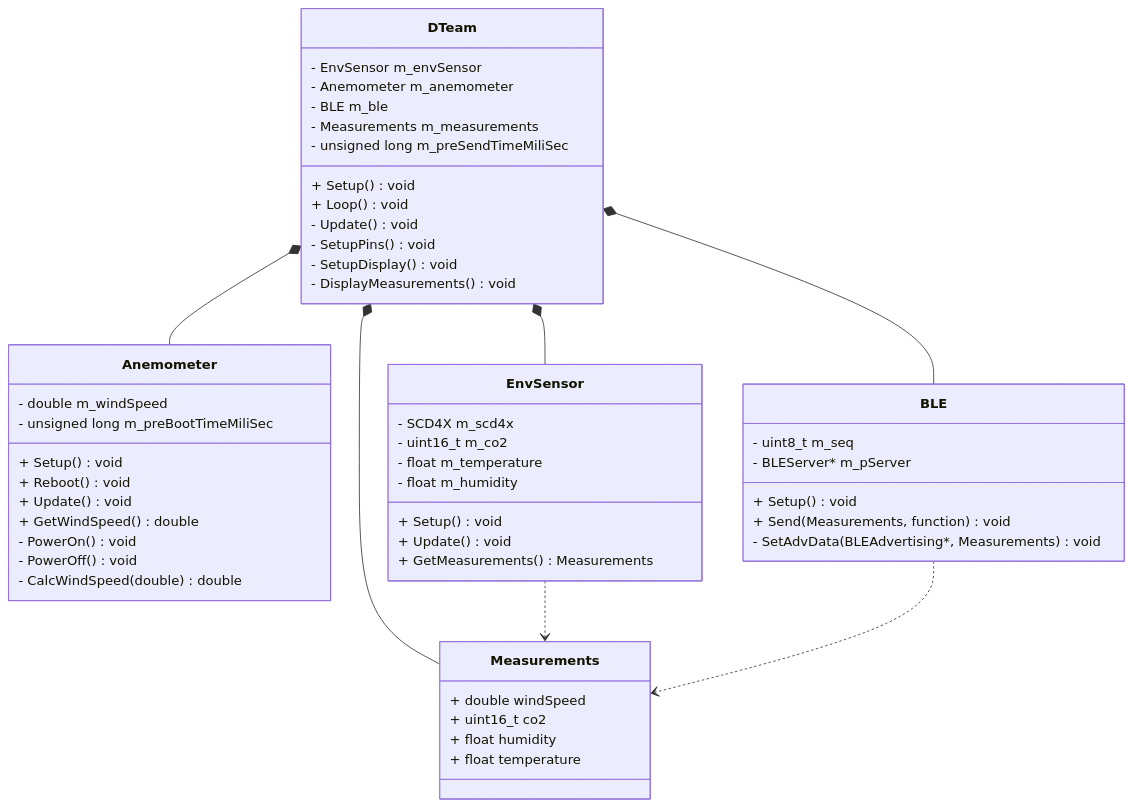
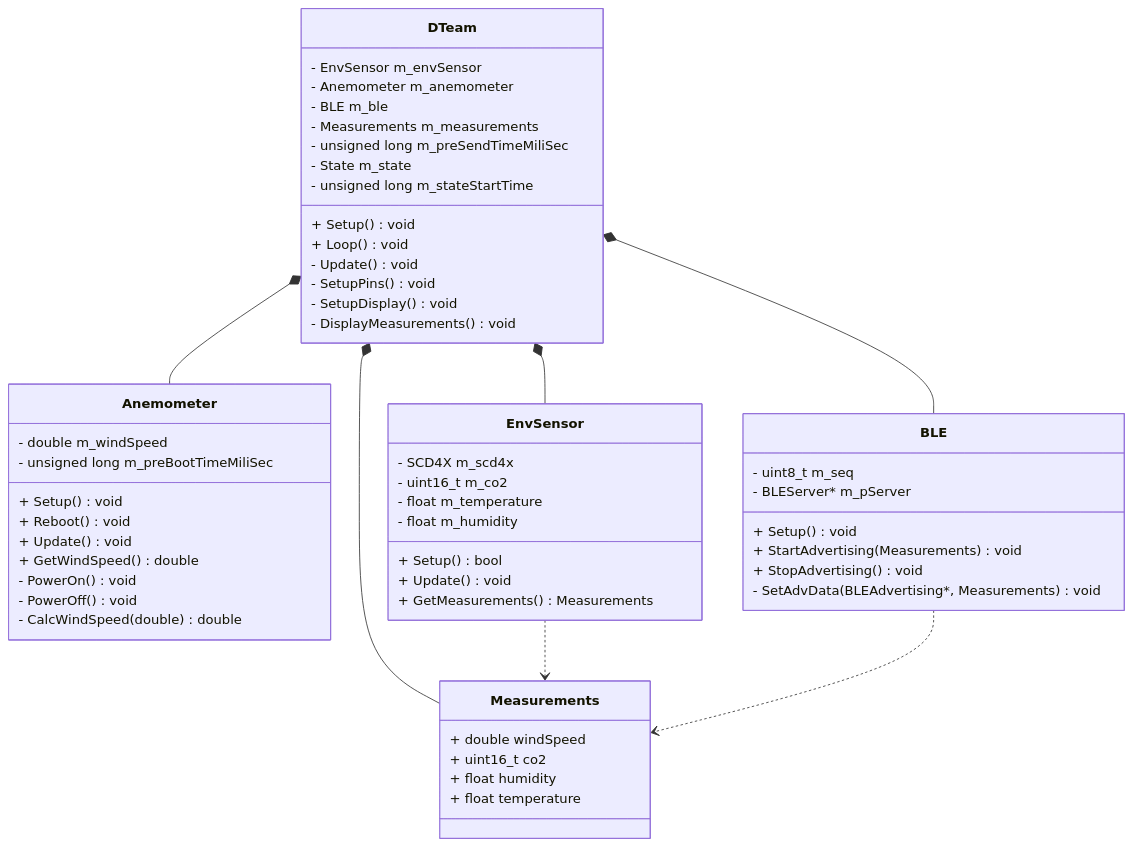
Before and after one commit to Tamagosushio/M5StickCPlus2-ENV-BLE: the first of 4 diagrams in UML.md, drawn with Mermaid. The commit also changed other lines of this file, not shown here.

Commit message:
[update] UML図を更新

````diff
--- a/UML.md
+++ b/UML.md
@@ -4,60 +4,63 @@
 ```mermaid
 classDiagram
   DTeam *-- Anemometer
   DTeam *-- BLE
   DTeam *-- EnvSensor
   DTeam *-- Measurements
   EnvSensor ..> Measurements
   BLE ..> Measurements
 
   class DTeam {
     - EnvSensor m_envSensor
     - Anemometer m_anemometer
     - BLE m_ble
     - Measurements m_measurements
     - unsigned long m_preSendTimeMiliSec
+    - State m_state
+    - unsigned long m_stateStartTime
     + Setup() void
     + Loop() void
     - Update() void
     - SetupPins() void
     - SetupDisplay() void
     - DisplayMeasurements() void
   }
 
   class Anemometer {
     - double m_windSpeed
     - unsigned long m_preBootTimeMiliSec
     + Setup() void
     + Reboot() void
     + Update() void
     + GetWindSpeed() double
     - PowerOn() void
     - PowerOff() void
     - CalcWindSpeed(double) double
   }
 
   class BLE {
     - uint8_t m_seq
     - BLEServer* m_pServer
     + Setup() void
-    + Send(Measurements, function) void
+    + StartAdvertising(Measurements) void
+    + StopAdvertising() void
     - SetAdvData(BLEAdvertising*, Measurements) void
   }
 
   class EnvSensor {
     - SCD4X m_scd4x
     - uint16_t m_co2
     - float m_temperature
     - float m_humidity
-    + Setup() void
+    + Setup() bool
     + Update() void
     + GetMeasurements() Measurements
   }
 
   class Measurements {
     + double windSpeed
     + uint16_t co2
     + float humidity
     + float temperature
   }
 ```
````
